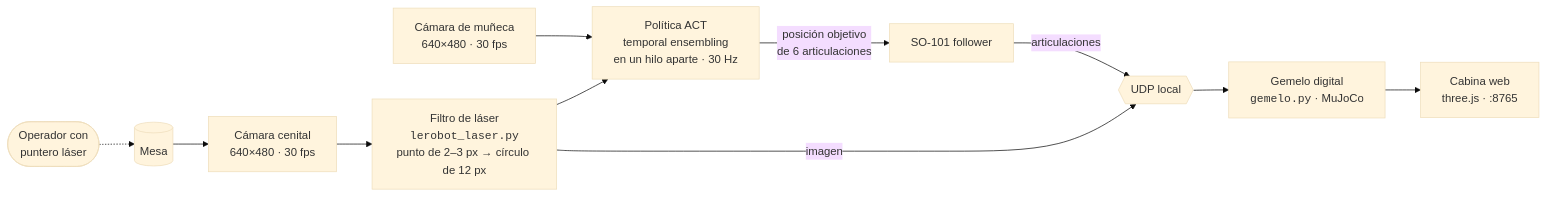
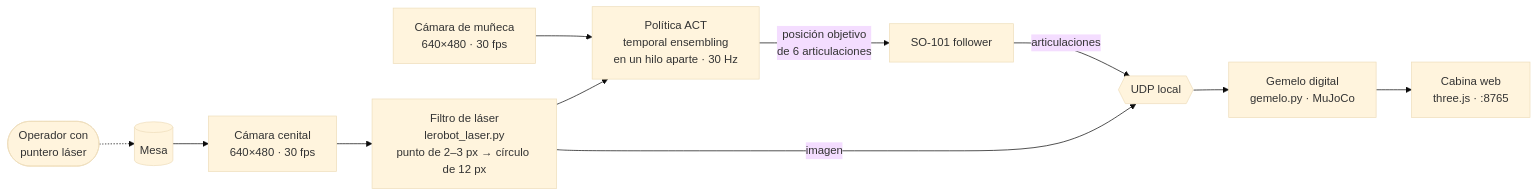
Before and after one commit to Joseba-Rodriguez/pti-hackathon-bilbao-2026: the diagram in README.md, drawn with Mermaid (base theme).

Commit message:
README: diagrama mermaid sin etiquetas HTML

````diff
--- a/README.md
+++ b/README.md
@@ -53,13 +53,13 @@
 ```mermaid
 flowchart LR
     L([Operador con<br/>puntero láser]) -.-> MESA[(Mesa)]
     MESA --> TOP[Cámara cenital<br/>640×480 · 30 fps]
     MUN[Cámara de muñeca<br/>640×480 · 30 fps] --> ACT
-    TOP --> F["Filtro de láser<br/><code>lerobot_laser.py</code><br/>punto de 2–3 px → círculo de 12 px"]
+    TOP --> F["Filtro de láser<br/>lerobot_laser.py<br/>punto de 2–3 px → círculo de 12 px"]
     F --> ACT["Política ACT<br/>temporal ensembling<br/>en un hilo aparte · 30 Hz"]
     ACT -->|posición objetivo<br/>de 6 articulaciones| SO[SO-101 follower]
     SO -->|articulaciones| UDP{{UDP local}}
     F -->|imagen| UDP
-    UDP --> G["Gemelo digital<br/><code>gemelo.py</code> · MuJoCo"]
+    UDP --> G["Gemelo digital<br/>gemelo.py · MuJoCo"]
     G --> WEB["Cabina web<br/>three.js · :8765"]
 ```
````
